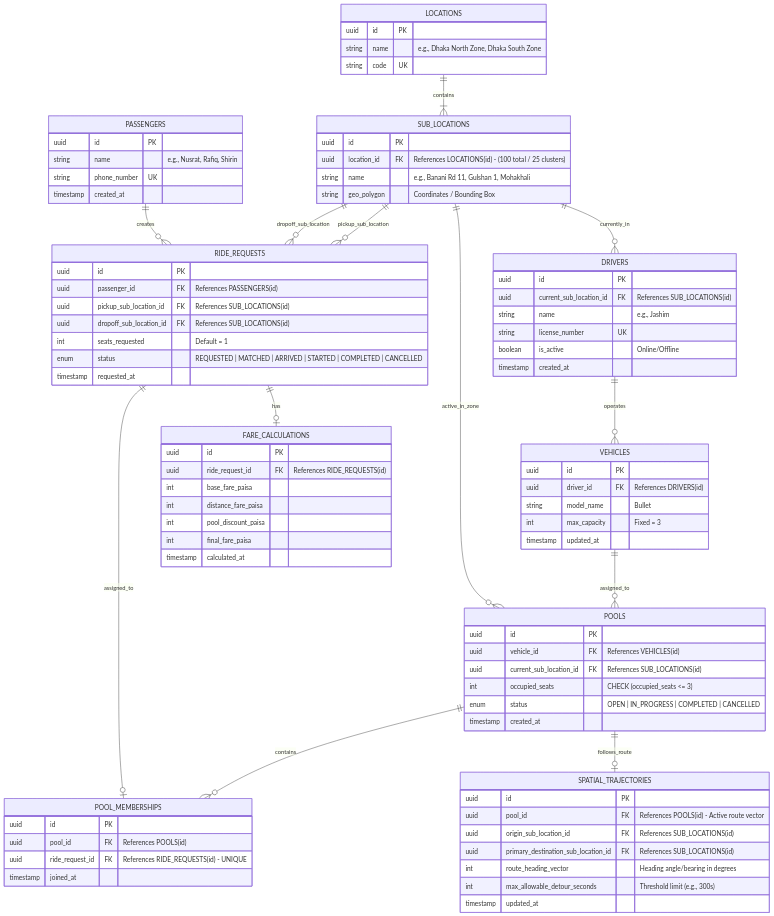
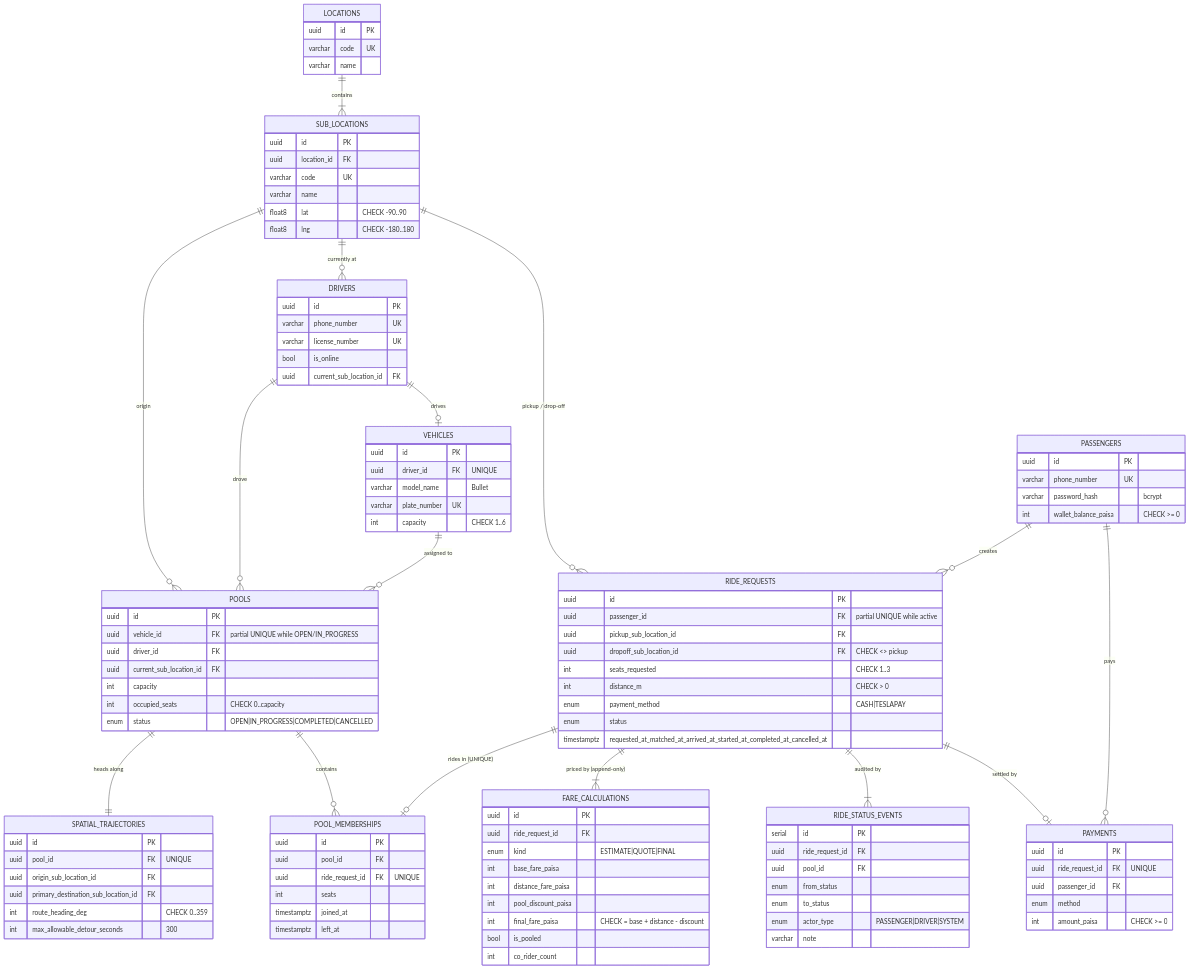
The second of 3 diagrams in README.md (RafidBinBakhtiar/Oi-Tesla), drawn with Mermaid before and after one commit. The commit also changed other lines of this file, not shown here.

First line of the commit message:
docs(readme): document architecture, erd, rules, setup, api and testing

````diff
--- a/README.md
+++ b/README.md
@@ -90,104 +136,91 @@
 ```mermaid
+erDiagram
+    LOCATIONS ||--|{ SUB_LOCATIONS : contains
+    SUB_LOCATIONS ||--o{ DRIVERS : "currently at"
+    SUB_LOCATIONS ||--o{ RIDE_REQUESTS : "pickup / drop-off"
+    SUB_LOCATIONS ||--o{ POOLS : "origin"
+    DRIVERS ||--o| VEHICLES : drives
+    DRIVERS ||--o{ POOLS : drove
+    VEHICLES ||--o{ POOLS : "assigned to"
+    POOLS ||--|| SPATIAL_TRAJECTORIES : "heads along"
+    POOLS ||--o{ POOL_MEMBERSHIPS : contains
+    PASSENGERS ||--o{ RIDE_REQUESTS : creates
+    RIDE_REQUESTS ||--o| POOL_MEMBERSHIPS : "rides in (UNIQUE)"
+    RIDE_REQUESTS ||--|{ FARE_CALCULATIONS : "priced by (append-only)"
+    RIDE_REQUESTS ||--|{ RIDE_STATUS_EVENTS : "audited by"
+    RIDE_REQUESTS ||--o| PAYMENTS : "settled by"
+    PASSENGERS ||--o{ PAYMENTS : pays
 
-
-erDiagram
-    LOCATIONS ||--|{ SUB_LOCATIONS : "contains"
-    SUB_LOCATIONS ||--o{ DRIVERS : "currently_in"
-    SUB_LOCATIONS ||--o{ RIDE_REQUESTS : "pickup_sub_location"
-    SUB_LOCATIONS ||--o{ RIDE_REQUESTS : "dropoff_sub_location"
-    
-    DRIVERS ||--o{ VEHICLES : "operates"
-    VEHICLES ||--o{ POOLS : "assigned_to"
-    
-    SUB_LOCATIONS ||--o{ POOLS : "active_in_zone"
-    POOLS ||--o{ POOL_MEMBERSHIPS : "contains"
-    POOLS ||--o| SPATIAL_TRAJECTORIES : "follows_route"
-    
-    PASSENGERS ||--o{ RIDE_REQUESTS : "creates"
-    RIDE_REQUESTS ||--o| POOL_MEMBERSHIPS : "assigned_to"
-    RIDE_REQUESTS ||--o| FARE_CALCULATIONS : "has"
-
-    LOCATIONS {
-        uuid id PK
-        string name "e.g., Dhaka North Zone, Dhaka South Zone"
-        string code UK
-    }
-
-    SUB_LOCATIONS {
-        uuid id PK
-        uuid location_id FK "References LOCATIONS(id) - (100 total / 25 clusters)"
-        string name "e.g., Banani Rd 11, Gulshan 1, Mohakhali"
-        string geo_polygon "Coordinates / Bounding Box"
-    }
-
-    PASSENGERS {
-        uuid id PK
-        string name "e.g., Nusrat, Rafiq, Shirin"
-        string phone_number UK
-        timestamp created_at
-    }
-
-    DRIVERS {
-        uuid id PK
-        uuid current_sub_location_id FK "References SUB_LOCATIONS(id)"
-        string name "e.g., Jashim"
-        string license_number UK
-        boolean is_active "Online/Offline"
-        timestamp created_at
-    }
-
-    VEHICLES {
-        uuid id PK
-        uuid driver_id FK "References DRIVERS(id)"
-        string model_name "Bullet"
-        int max_capacity "Fixed = 3"
-        timestamp updated_at
-    }
-
-    POOLS {
-        uuid id PK
-        uuid vehicle_id FK "References VEHICLES(id)"
-        uuid current_sub_location_id FK "References SUB_LOCATIONS(id)"
-        int occupied_seats "CHECK (occupied_seats <= 3)"
-        enum status "OPEN | IN_PROGRESS | COMPLETED | CANCELLED"
-        timestamp created_at
-    }
-
-    SPATIAL_TRAJECTORIES {
-        uuid id PK
-        uuid pool_id FK "References POOLS(id) - Active route vector"
-        uuid origin_sub_location_id FK "References SUB_LOCATIONS(id)"
-        uuid primary_destination_sub_location_id FK "References SUB_LOCATIONS(id)"
-        int route_heading_vector "Heading angle/bearing in degrees"
-        int max_allowable_detour_seconds "Threshold limit (e.g., 300s)"
-        timestamp updated_at
-    }
-
-    RIDE_REQUESTS {
-        uuid id PK
-        uuid passenger_id FK "References PASSENGERS(id)"
-        uuid pickup_sub_location_id FK "References SUB_LOCATIONS(id)"
-        uuid dropoff_sub_location_id FK "References SUB_LOCATIONS(id)"
-        int seats_requested "Default = 1"
-        enum status "REQUESTED | MATCHED | ARRIVED | STARTED | COMPLETED | CANCELLED"
-        timestamp requested_at
-    }
-
-    POOL_MEMBERSHIPS {
-        uuid id PK
-        uuid pool_id FK "References POOLS(id)"
-        uuid ride_request_id FK "References RIDE_REQUESTS(id) - UNIQUE"
-        timestamp joined_at
-    }
-
-    FARE_CALCULATIONS {
-        uuid id PK
-        uuid ride_request_id FK "References RIDE_REQUESTS(id)"
+    LOCATIONS { uuid id PK
+        varchar code UK
+        varchar name }
+    SUB_LOCATIONS { uuid id PK
+        uuid location_id FK
+        varchar code UK
+        varchar name
+        float8 lat "CHECK -90..90"
+        float8 lng "CHECK -180..180" }
+    PASSENGERS { uuid id PK
+        varchar phone_number UK
+        varchar password_hash "bcrypt"
+        int wallet_balance_paisa "CHECK >= 0" }
+    DRIVERS { uuid id PK
+        varchar phone_number UK
+        varchar license_number UK
+        bool is_online
+        uuid current_sub_location_id FK }
+    VEHICLES { uuid id PK
+        uuid driver_id FK "UNIQUE"
+        varchar model_name "Bullet"
+        varchar plate_number UK
+        int capacity "CHECK 1..6" }
+    POOLS { uuid id PK
+        uuid vehicle_id FK "partial UNIQUE while OPEN/IN_PROGRESS"
+        uuid driver_id FK
+        uuid current_sub_location_id FK
+        int capacity
+        int occupied_seats "CHECK 0..capacity"
+        enum status "OPEN|IN_PROGRESS|COMPLETED|CANCELLED" }
+    SPATIAL_TRAJECTORIES { uuid id PK
+        uuid pool_id FK "UNIQUE"
+        uuid origin_sub_location_id FK
+        uuid primary_destination_sub_location_id FK
+        int route_heading_deg "CHECK 0..359"
+        int max_allowable_detour_seconds "300" }
+    RIDE_REQUESTS { uuid id PK
+        uuid passenger_id FK "partial UNIQUE while active"
+        uuid pickup_sub_location_id FK
+        uuid dropoff_sub_location_id FK "CHECK <> pickup"
+        int seats_requested "CHECK 1..3"
+        int distance_m "CHECK > 0"
+        enum payment_method "CASH|TESLAPAY"
+        enum status
+        timestamptz requested_at_matched_at_arrived_at_started_at_completed_at_cancelled_at }
+    POOL_MEMBERSHIPS { uuid id PK
+        uuid pool_id FK
+        uuid ride_request_id FK "UNIQUE"
+        int seats
+        timestamptz joined_at
+        timestamptz left_at }
+    FARE_CALCULATIONS { uuid id PK
+        uuid ride_request_id FK
+        enum kind "ESTIMATE|QUOTE|FINAL"
         int base_fare_paisa
         int distance_fare_paisa
         int pool_discount_paisa
-        int final_fare_paisa
-        timestamp calculated_at
-    }
-
+        int final_fare_paisa "CHECK = base + distance - discount"
+        bool is_pooled
+        int co_rider_count }
+    RIDE_STATUS_EVENTS { serial id PK
+        uuid ride_request_id FK
+        uuid pool_id FK
+        enum from_status
+        enum to_status
+        enum actor_type "PASSENGER|DRIVER|SYSTEM"
+        varchar note }
+    PAYMENTS { uuid id PK
+        uuid ride_request_id FK "UNIQUE"
+        uuid passenger_id FK
+        enum method
+        int amount_paisa "CHECK >= 0" }
 ```
````
